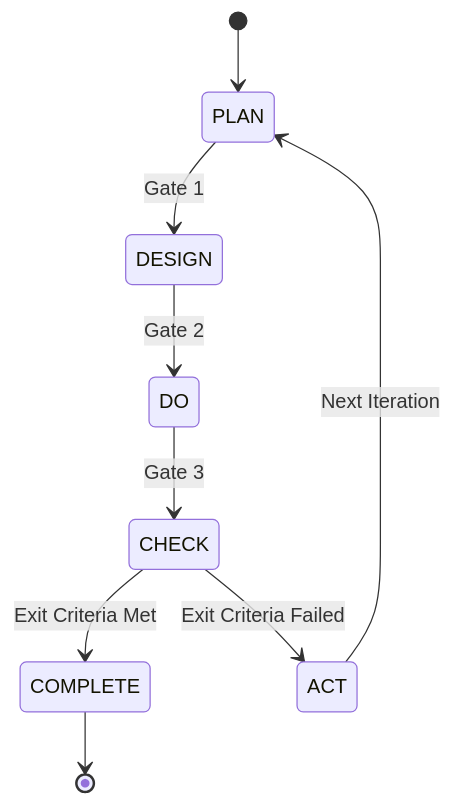
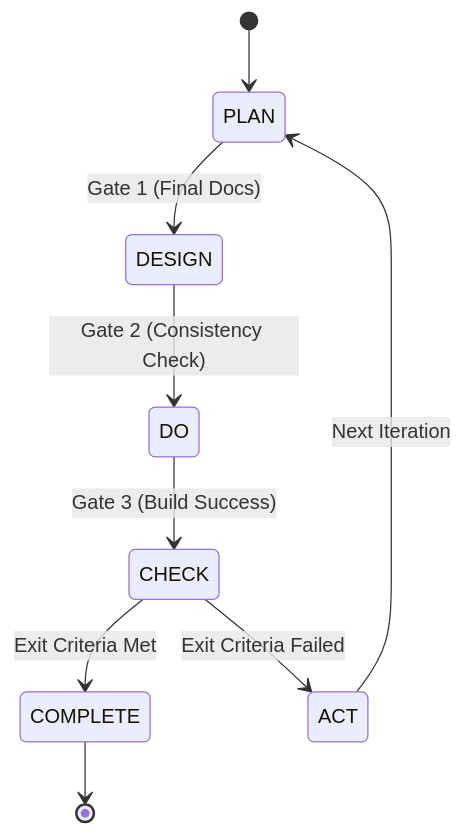
The diagram in README.md (upleat-ax/u-maker-plugin), drawn with Mermaid before and after one commit. The commit also changed other lines of this file and 9 other files, not shown here.

First line of the commit message:
feat(plugin): enforce safe mermaid labels and QA unit+e2e coverage

````diff
--- a/README.md
+++ b/README.md
@@ -84,11 +104,11 @@
 ```mermaid
 stateDiagram-v2
     [*] --> PLAN
-    PLAN --> DESIGN : Gate 1
-    DESIGN --> DO : Gate 2
-    DO --> CHECK : Gate 3
+    PLAN --> DESIGN : Gate 1 (Final Docs)
+    DESIGN --> DO : Gate 2 (Consistency Check)
+    DO --> CHECK : Gate 3 (Build Success)
     CHECK --> COMPLETE : Exit Criteria Met
     CHECK --> ACT : Exit Criteria Failed
     ACT --> PLAN : Next Iteration
     COMPLETE --> [*]
 ```
````
